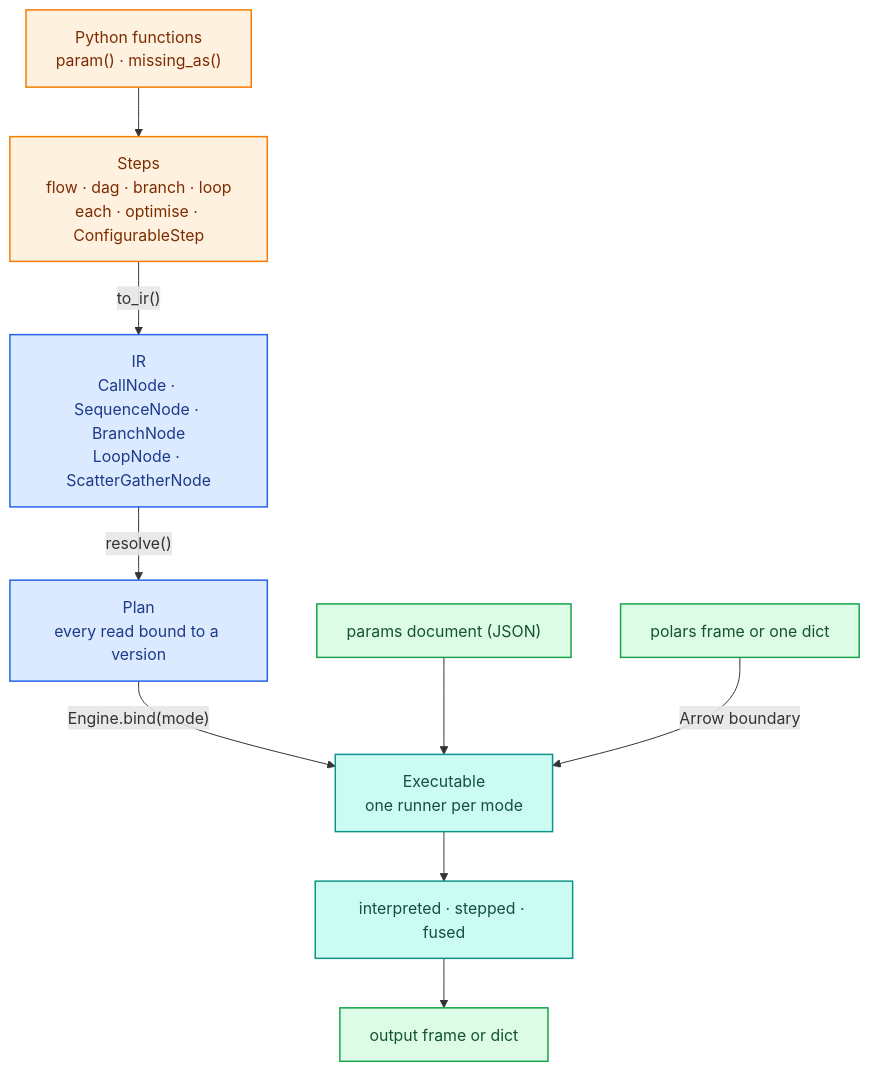
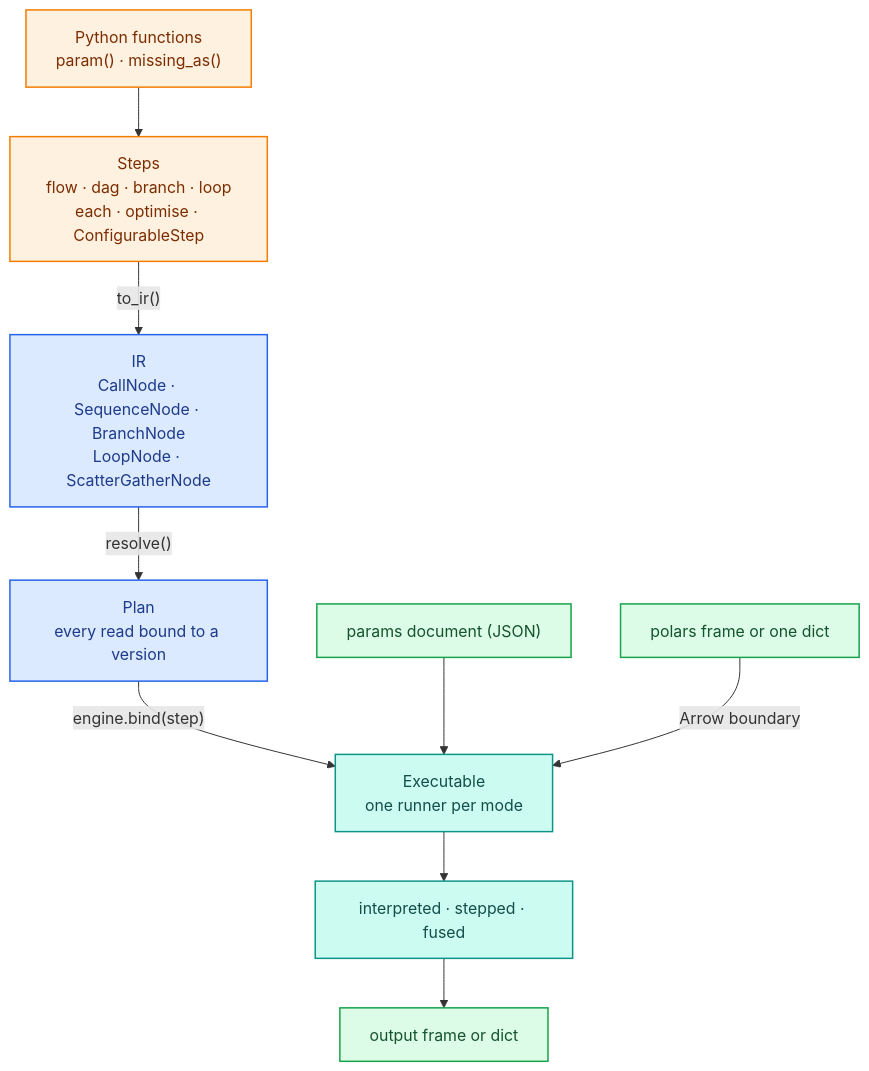
One commit to capitec/dsp-decision-engine changed the first of 5 diagrams in docs/architecture/index.md. Above: the diagram before and after it, drawn with Mermaid. The commit also changed other lines of this file and 53 other files, not shown here.

````diff
--- a/docs/architecture/index.md
+++ b/docs/architecture/index.md
@@ -15,15 +15,15 @@
 ```mermaid
 flowchart TB
     fn["Python functions<br/>param() · missing_as()"]:::authoring --> steps["Steps<br/>flow · dag · branch · loop<br/>each · optimise · ConfigurableStep"]:::authoring
     steps -->|"to_ir()"| ir["IR<br/>CallNode · SequenceNode · BranchNode<br/>LoopNode · ScatterGatherNode"]:::ir
     ir -->|"resolve()"| plan["Plan<br/>every read bound to a version"]:::ir
-    plan -->|"Engine.bind(mode)"| exe["Executable<br/>one runner per mode"]:::engine
+    plan -->|"engine.bind(step)"| exe["Executable<br/>one runner per mode"]:::engine
     params["params document (JSON)"]:::data --> exe
     data["polars frame or one dict"]:::data -->|"Arrow boundary"| exe
     exe --> modes["interpreted · stepped · fused"]:::engine
     modes --> out["output frame or dict"]:::data
     classDef authoring fill:#fff1e0,stroke:#f57c00,color:#7c2d00,stroke-width:1.5px;
     classDef ir fill:#dbeafe,stroke:#2563eb,color:#1e3a8a,stroke-width:1.5px;
     classDef engine fill:#ccfbf1,stroke:#0d9488,color:#134e4a,stroke-width:1.5px;
     classDef data fill:#dcfce7,stroke:#16a34a,color:#14532d,stroke-width:1.5px;
 ```
````
